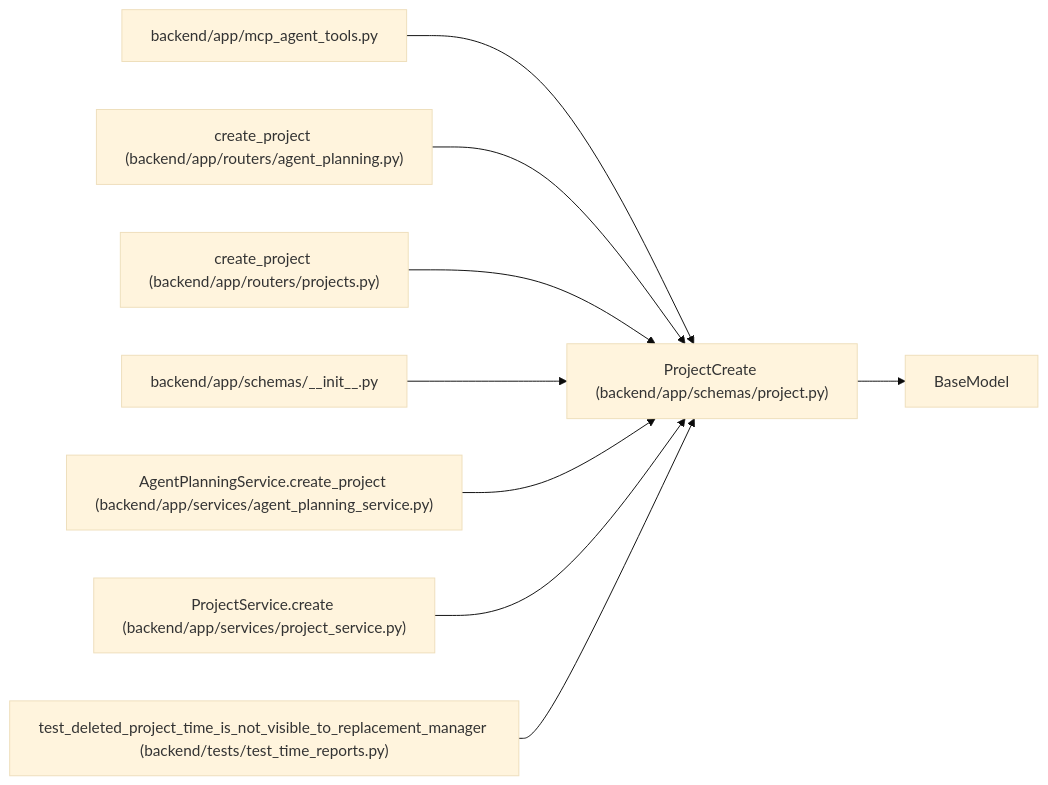
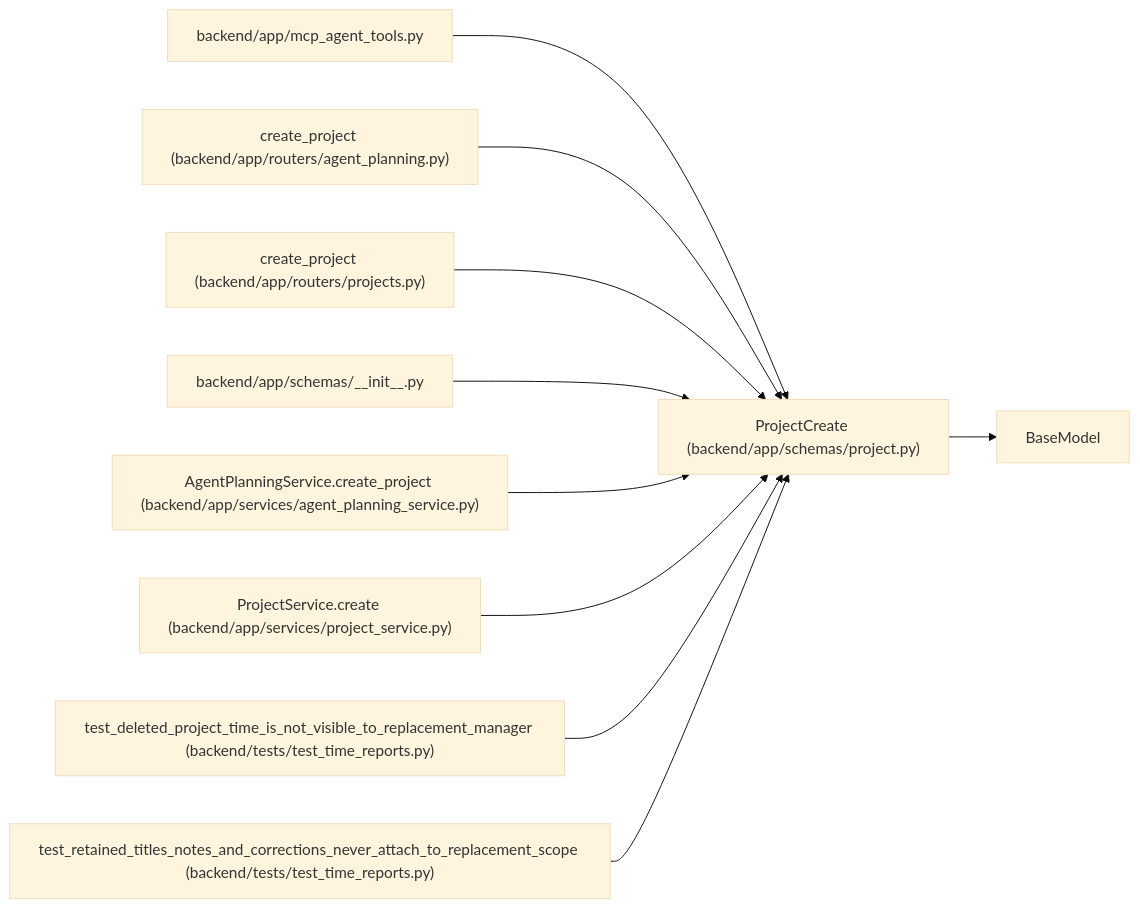
The diagram in docs/llm_wiki/entities/schemas_project_ProjectCreate.md (Denissvgn/WorkChord), drawn with Mermaid (base theme) before and after one commit. The commit also changed other lines of this file and 305 other files, not shown here.

Commit message:
docs(wiki): document retained scope and verified transfer floors

````diff
--- a/docs/llm_wiki/entities/schemas_project_ProjectCreate.md
+++ b/docs/llm_wiki/entities/schemas_project_ProjectCreate.md
@@ -35,28 +35,31 @@
 ```mermaid
 flowchart LR
     n0["ProjectCreate (backend/app/schemas/project.py)"]
     n1["BaseModel"]
     n2["backend/app/mcp_agent_tools.py"]
     n3["create_project (backend/app/routers/agent_planning.py)"]
     n4["create_project (backend/app/routers/projects.py)"]
     n5["backend/app/schemas/__init__.py"]
     n6["AgentPlanningService.create_project (backend/app/services/agent_planning_service.py)"]
     n7["ProjectService.create (backend/app/services/project_service.py)"]
     n8["test_deleted_project_time_is_not_visible_to_replacement_manager (backend/tests/test_time_reports.py)"]
+    n9["test_retained_titles_notes_and_corrections_never_attach_to_replacement_scope (backend/tests/test_time_reports.py)"]
     n0 --> n1
     n2 --> n0
     n3 --> n0
     n4 --> n0
     n5 --> n0
     n6 --> n0
     n7 --> n0
     n8 --> n0
+    n9 --> n0
     click n0 "../modules/schemas_project.md"
     click n2 "../modules/mcp_agent_tools.md"
     click n3 "../modules/routers_agent_planning.md"
     click n4 "../modules/projects.md"
     click n5 "../modules/schemas___init__.md"
     click n6 "../modules/agent_planning_service.md"
     click n7 "../modules/project_service.md"
     click n8 "../modules/test_time_reports.md"
+    click n9 "../modules/test_time_reports.md"
 ```
````
